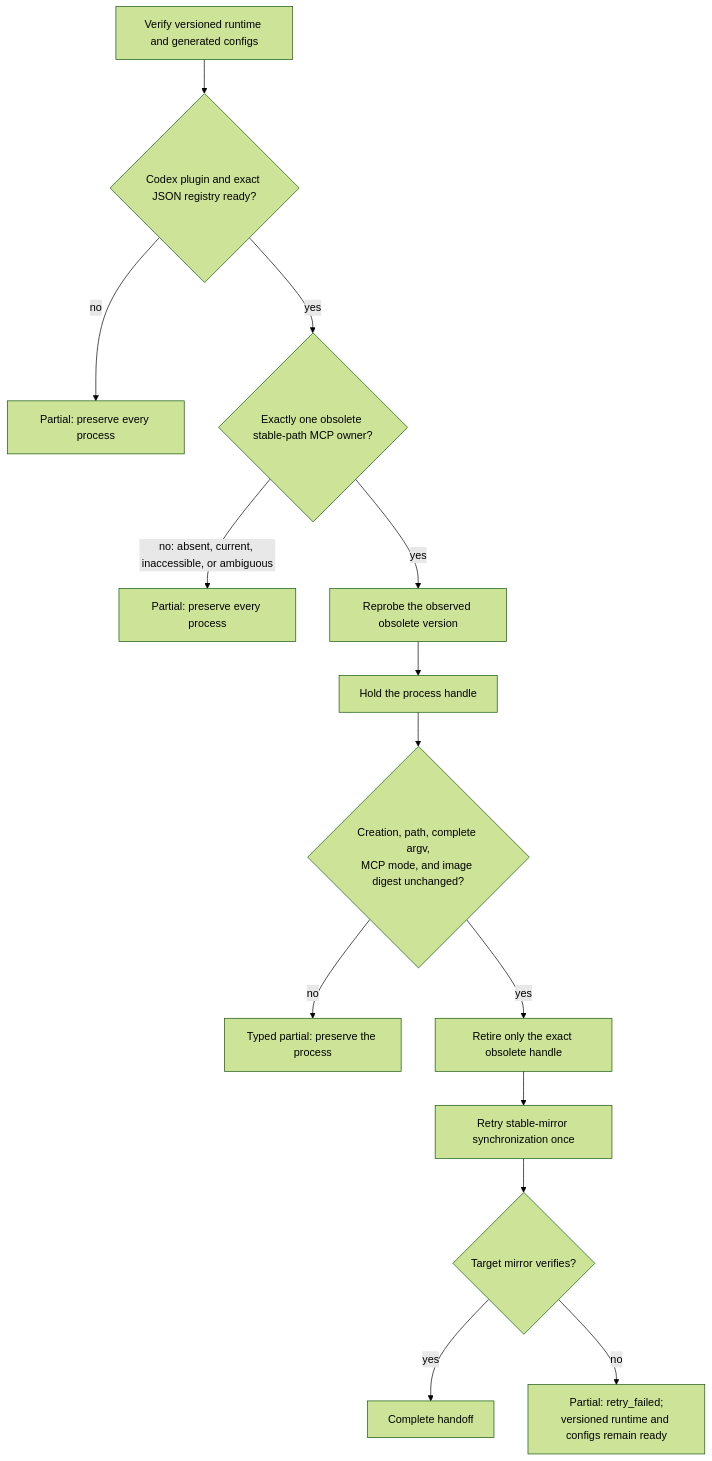
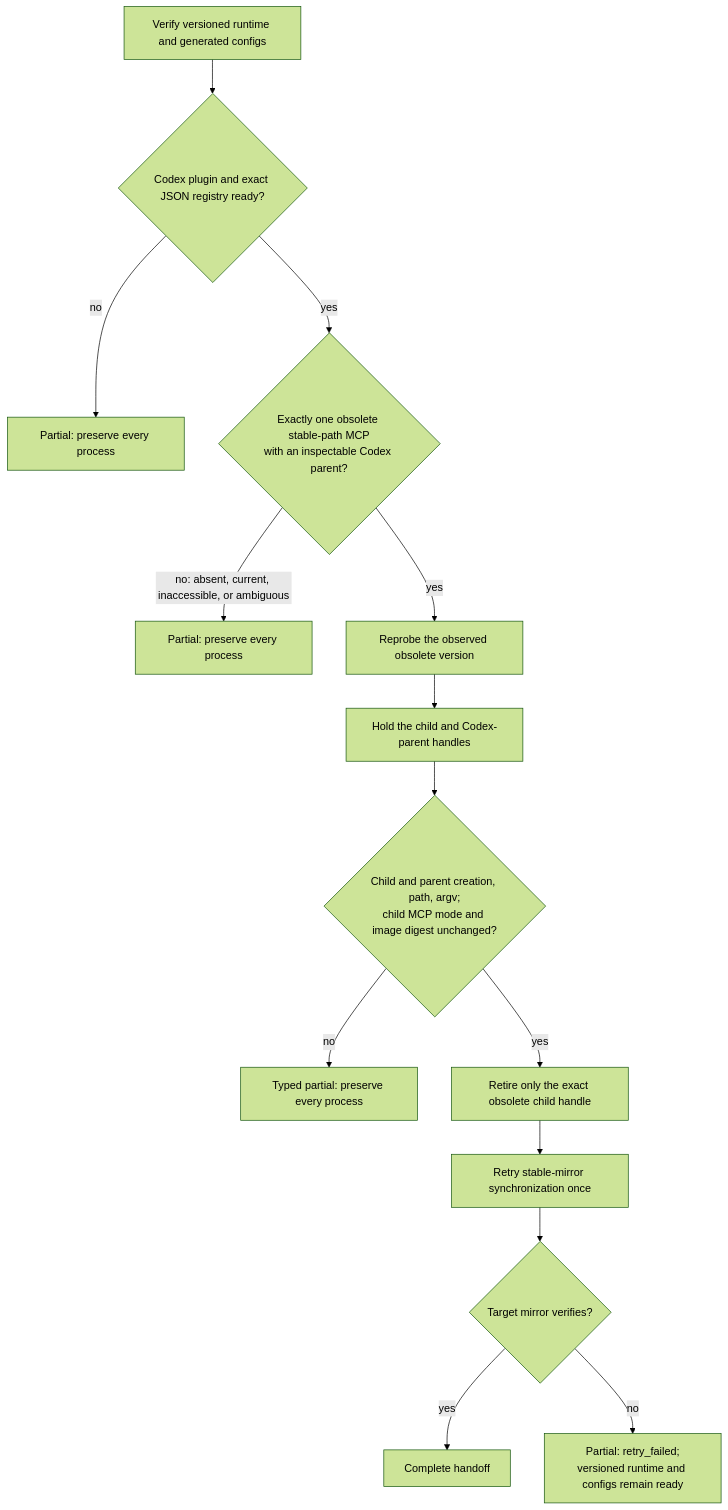
One commit to styler-ai/ProjectAtlas changed the third of 29 diagrams in docs/projectatlas-3-architecture.md. Above: the diagram before and after it, drawn with Mermaid (forest theme). The commit also changed other lines of this file and 8 other files, not shown here.

Commit message:
fix(installer): bind obsolete MCP handoff to Codex owner (#411)

````diff
--- a/docs/projectatlas-3-architecture.md
+++ b/docs/projectatlas-3-architecture.md
@@ -335,16 +335,16 @@
 ```mermaid
 flowchart TD
     Target[Verify versioned runtime and generated configs] --> Managed{Codex plugin and exact JSON registry ready?}
     Managed -->|no| ReadinessPartial[Partial: preserve every process]
-    Managed -->|yes| Owner{Exactly one obsolete stable-path MCP owner?}
+    Managed -->|yes| Owner{Exactly one obsolete stable-path MCP<br/>with an inspectable Codex parent?}
     Owner -->|no: absent, current, inaccessible, or ambiguous| OwnerPartial[Partial: preserve every process]
     Owner -->|yes| Version[Reprobe the observed obsolete version]
-    Version --> Handle[Hold the process handle]
-    Handle --> Identity{Creation, path, complete argv,<br/>MCP mode, and image digest unchanged?}
-    Identity -->|no| IdentityPartial[Typed partial: preserve the process]
-    Identity -->|yes| Retire[Retire only the exact obsolete handle]
+    Version --> Handle[Hold the child and Codex-parent handles]
+    Handle --> Identity{Child and parent creation, path, argv;<br/>child MCP mode and image digest unchanged?}
+    Identity -->|no| IdentityPartial[Typed partial: preserve every process]
+    Identity -->|yes| Retire[Retire only the exact obsolete child handle]
     Retire --> Retry[Retry stable-mirror synchronization once]
     Retry --> Verify{Target mirror verifies?}
     Verify -->|yes| Complete[Complete handoff]
     Verify -->|no| RetryPartial[Partial: retry_failed;<br/>versioned runtime and configs remain ready]
 ```
````
